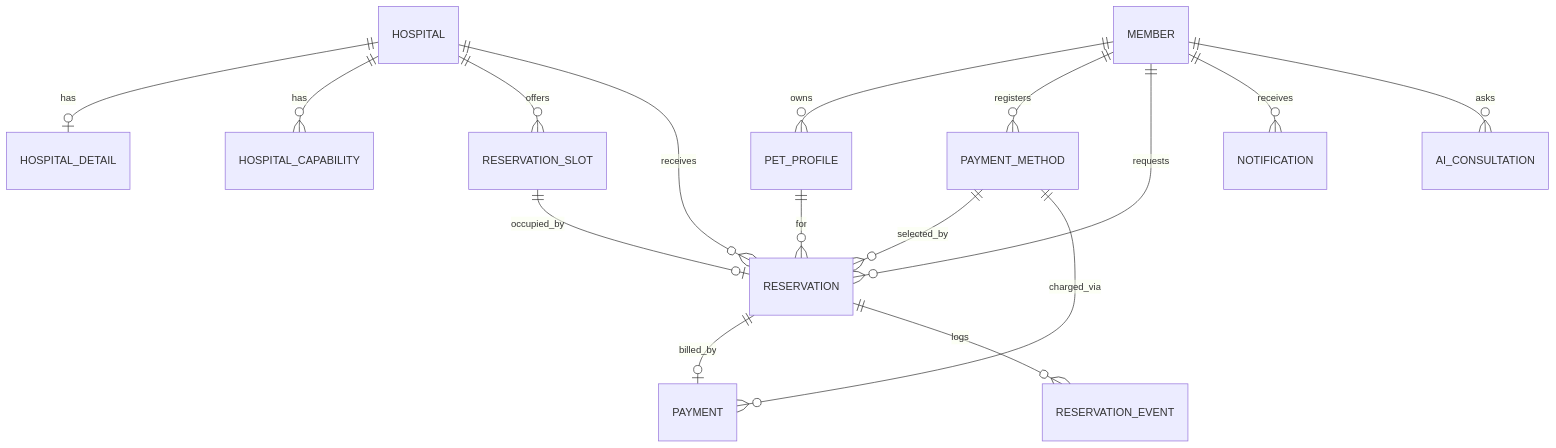
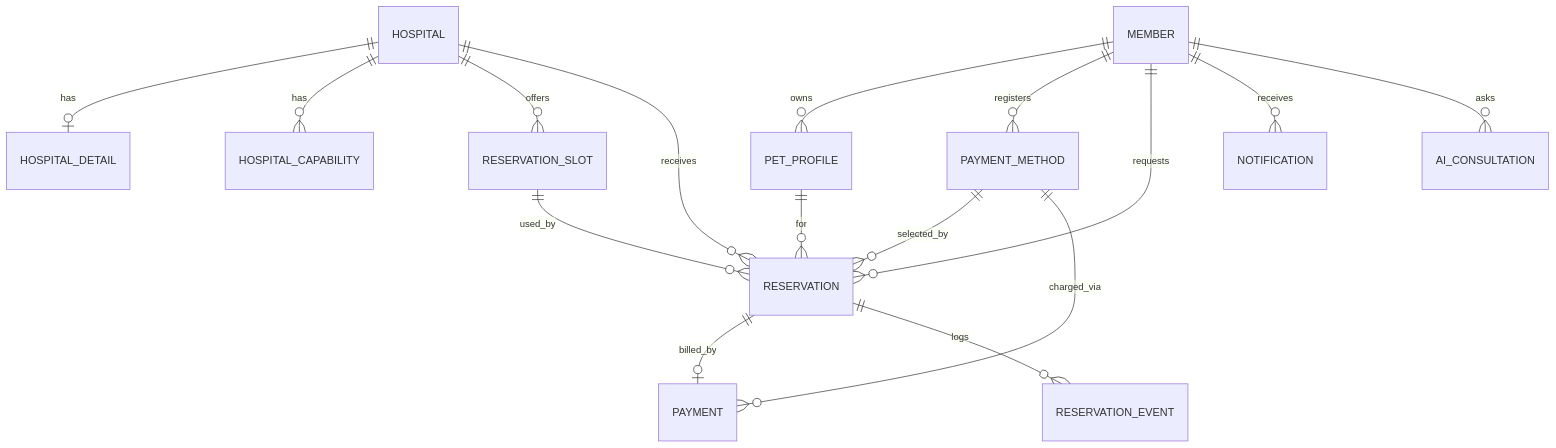
One commit to yyb0702-spec/SmartCare-Project changed the first of 6 diagrams in docs/architecture/DoctorPet-SA.md. Above: the diagram before and after it, drawn with Mermaid. The commit also changed other lines of this file and 7 other files, not shown here.

````diff
--- a/docs/architecture/DoctorPet-SA.md
+++ b/docs/architecture/DoctorPet-SA.md
@@ -84,18 +84,18 @@
 ```mermaid
 erDiagram
     MEMBER ||--o{ PET_PROFILE : owns
     MEMBER ||--o{ PAYMENT_METHOD : registers
     MEMBER ||--o{ RESERVATION : requests
     MEMBER ||--o{ NOTIFICATION : receives
     HOSPITAL ||--o| HOSPITAL_DETAIL : has
     HOSPITAL ||--o{ HOSPITAL_CAPABILITY : has
     HOSPITAL ||--o{ RESERVATION_SLOT : offers
     HOSPITAL ||--o{ RESERVATION : receives
-    RESERVATION_SLOT ||--o| RESERVATION : occupied_by
+    RESERVATION_SLOT ||--o{ RESERVATION : used_by
     PET_PROFILE ||--o{ RESERVATION : for
     PAYMENT_METHOD ||--o{ RESERVATION : selected_by
     RESERVATION ||--o| PAYMENT : billed_by
     PAYMENT_METHOD ||--o{ PAYMENT : charged_via
     RESERVATION ||--o{ RESERVATION_EVENT : logs
     MEMBER ||--o{ AI_CONSULTATION : asks
 ```
````
